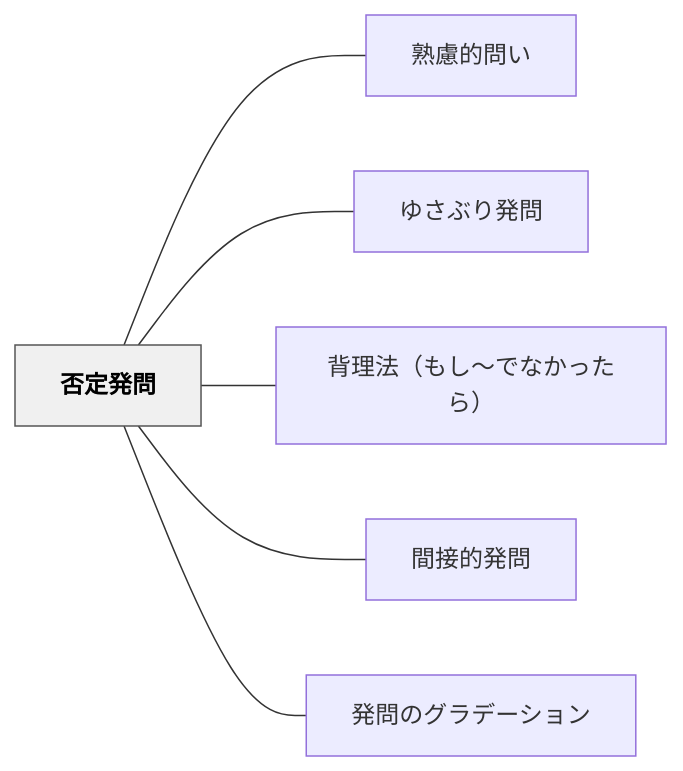
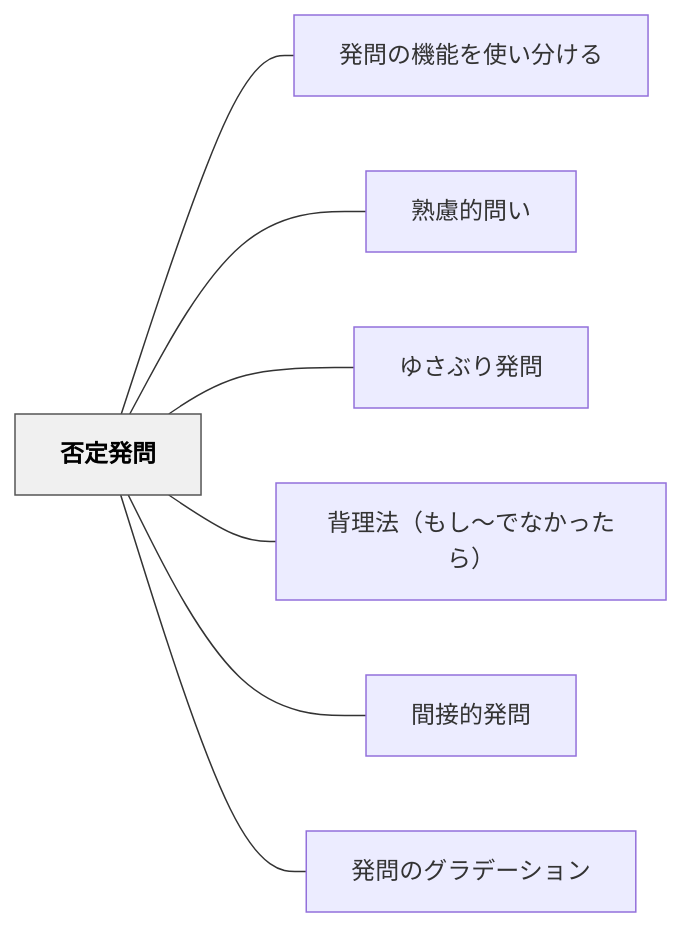
Before and after one commit to unknownthings-ed-patterns/unknownthings-ed-patterns: the diagram in content/パタン/否定発問.md, drawn with Mermaid. The commit also changed other lines of this file and 28 other files, not shown here.

````diff
--- a/content/パタン/否定発問.md
+++ b/content/パタン/否定発問.md
@@ -56,18 +57,20 @@
 ```mermaid
 flowchart LR
     ne590a6e5ae9ae799bae5958f["否定発問"]
+    ne799bae5958fe381aee6a99fe883bde38292e4bdbfe38184e58886e38191e3828b["発問の機能を使い分ける"]
     ne7869fe685aee79a84e5958fe38184["熟慮的問い"]
     ne38286e38195e381b6e3828ae799bae5958f["ゆさぶり発問"]
     ne8838ce79086e6b395efbc88e38282e38197e3809ce381a7e381aae3818be381a3e3819fe38289efbc89["背理法（もし〜でなかったら）"]
     ne99693e68ea5e79a84e799bae5958f["間接的発問"]
     ne799bae5958fe381aee382b0e383a9e38387e383bce382b7e383a7e383b3["発問のグラデーション"]
 
+    ne590a6e5ae9ae799bae5958f --- ne799bae5958fe381aee6a99fe883bde38292e4bdbfe38184e58886e38191e3828b
     ne590a6e5ae9ae799bae5958f --- ne7869fe685aee79a84e5958fe38184
     ne590a6e5ae9ae799bae5958f --- ne38286e38195e381b6e3828ae799bae5958f
     ne590a6e5ae9ae799bae5958f --- ne8838ce79086e6b395efbc88e38282e38197e3809ce381a7e381aae3818be381a3e3819fe38289efbc89
     ne590a6e5ae9ae799bae5958f --- ne99693e68ea5e79a84e799bae5958f
     ne590a6e5ae9ae799bae5958f --- ne799bae5958fe381aee382b0e383a9e38387e383bce382b7e383a7e383b3
 
     classDef hub fill:#f0f0f0,stroke:#555,color:#000,font-weight:bold
     class ne590a6e5ae9ae799bae5958f hub
 ```
````
